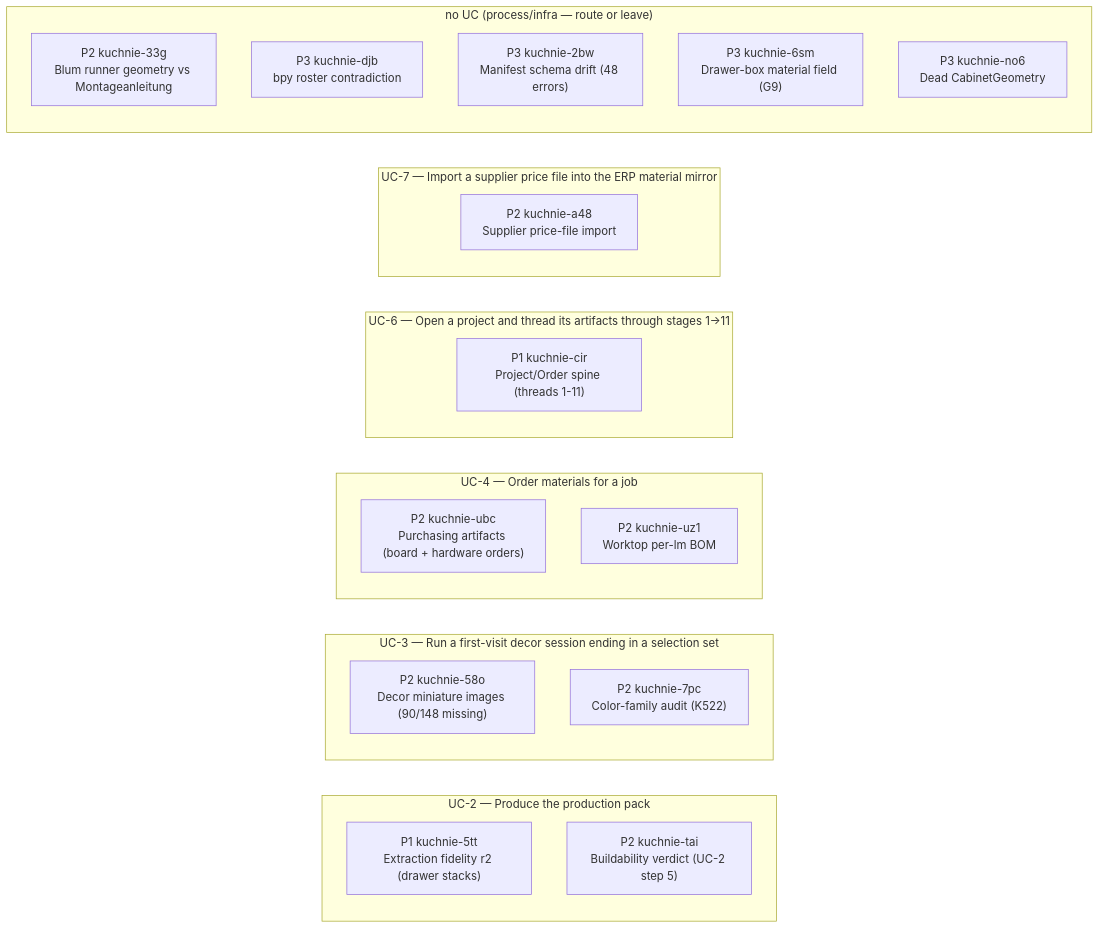
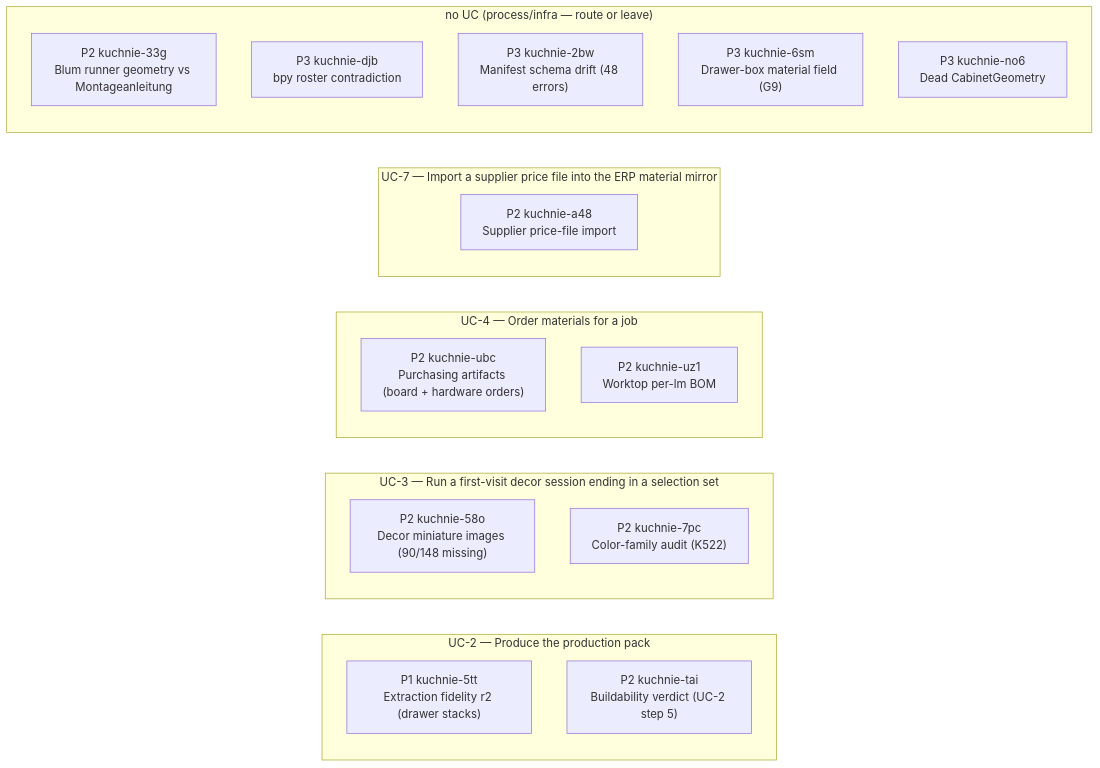
The second of 2 diagrams in STATUS.md (m1981/kuchnie), drawn with Mermaid before and after one commit. The commit also changed other lines of this file and 3 other files, not shown here.

Commit message:
reviews: LEGRABOX side-panel audit persisted (DIVERGED, attic recommended, decision pending); truth: spine review verdicts (tr-e51ef4fd + 3 re-affirmed, tr-fff10d41 mechanical diverge resolved); kuchnie-cir closed

````diff
--- a/STATUS.md
+++ b/STATUS.md
@@ -79,28 +75,25 @@
 ```mermaid
 flowchart LR
     subgraph gUC_2 ["UC-2 — Produce the production pack"]
         u_kuchnie_5tt["P1 kuchnie-5tt<br/>Extraction fidelity r2 (drawer stacks)"]
         u_kuchnie_tai["P2 kuchnie-tai<br/>Buildability verdict (UC-2 step 5)"]
     end
     subgraph gUC_3 ["UC-3 — Run a first-visit decor session ending in a selection set"]
         u_kuchnie_58o["P2 kuchnie-58o<br/>Decor miniature images (90/148 missing)"]
         u_kuchnie_7pc["P2 kuchnie-7pc<br/>Color-family audit (K522)"]
     end
     subgraph gUC_4 ["UC-4 — Order materials for a job"]
         u_kuchnie_ubc["P2 kuchnie-ubc<br/>Purchasing artifacts (board + hardware orders)"]
         u_kuchnie_uz1["P2 kuchnie-uz1<br/>Worktop per-lm BOM"]
     end
-    subgraph gUC_6 ["UC-6 — Open a project and thread its artifacts through stages 1→11"]
-        u_kuchnie_cir["P1 kuchnie-cir<br/>Project/Order spine (threads 1-11)"]
-    end
     subgraph gUC_7 ["UC-7 — Import a supplier price file into the ERP material mirror"]
         u_kuchnie_a48["P2 kuchnie-a48<br/>Supplier price-file import"]
     end
     subgraph g_none ["no UC (process/infra — route or leave)"]
         u_kuchnie_33g["P2 kuchnie-33g<br/>Blum runner geometry vs Montageanleitung"]
         u_kuchnie_djb["P3 kuchnie-djb<br/>bpy roster contradiction"]
         u_kuchnie_2bw["P3 kuchnie-2bw<br/>Manifest schema drift (48 errors)"]
         u_kuchnie_6sm["P3 kuchnie-6sm<br/>Drawer-box material field (G9)"]
         u_kuchnie_no6["P3 kuchnie-no6<br/>Dead CabinetGeometry"]
     end
 ```
````
